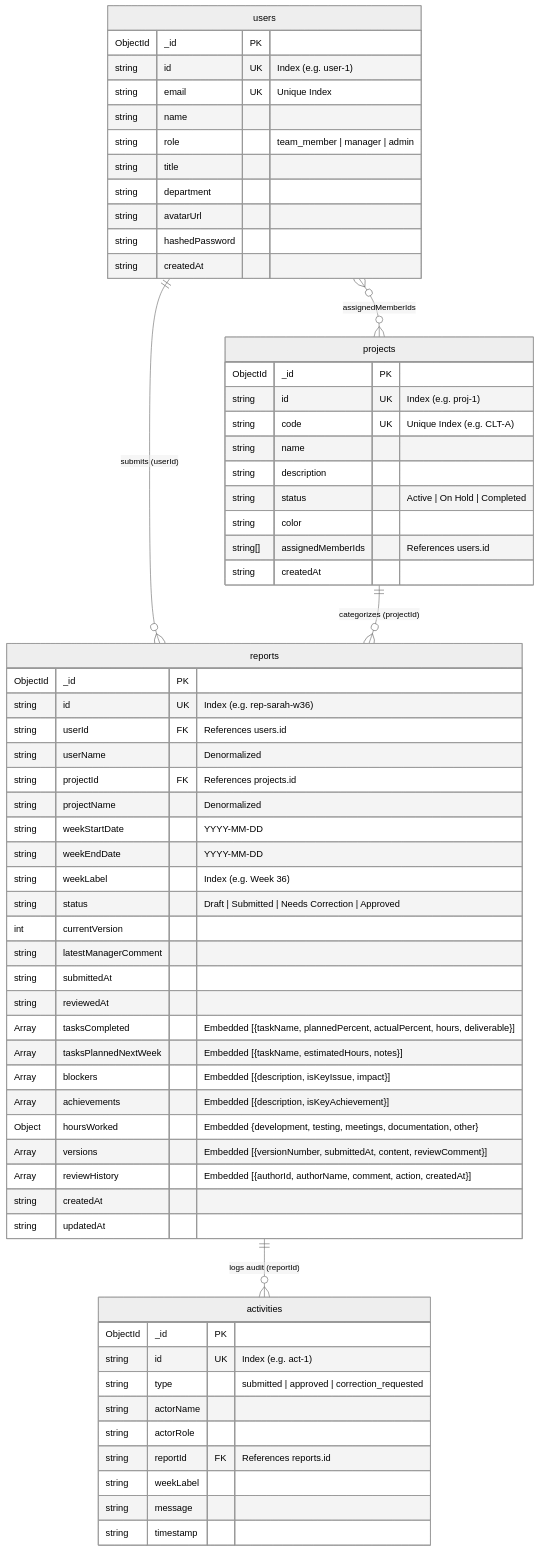
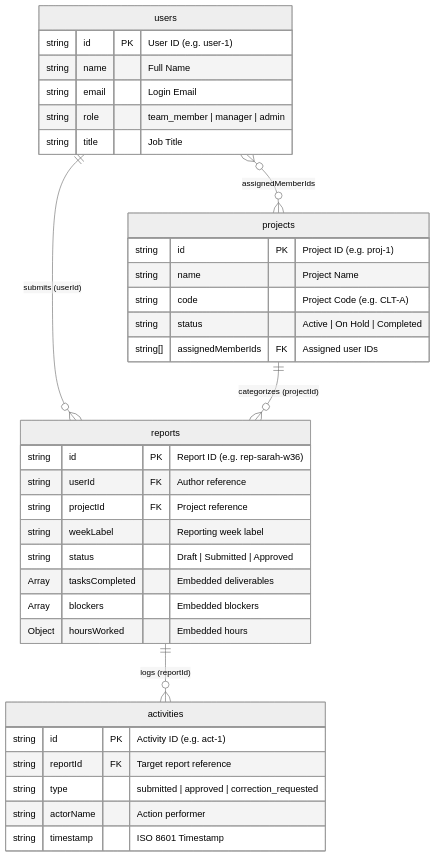
Before and after one commit to NightKing-V/Weekly-Report-Generator-Team-Dashboard: the diagram in BACKEND_ARCHITECTURE.md, drawn with Mermaid (neutral theme). The commit also changed other lines of this file and 7 other files, not shown here.

Commit message:
Diagrams

````diff
--- a/BACKEND_ARCHITECTURE.md
+++ b/BACKEND_ARCHITECTURE.md
@@ -273,70 +278,42 @@
 ```mermaid
 erDiagram
     users ||--o{ reports : "submits (userId)"
     projects ||--o{ reports : "categorizes (projectId)"
     users }o--o{ projects : "assignedMemberIds"
-    reports ||--o{ activities : "logs audit (reportId)"
+    reports ||--o{ activities : "logs (reportId)"
 
     users {
-        ObjectId _id PK
-        string id UK "Index (e.g. user-1)"
-        string email UK "Unique Index"
-        string name
+        string id PK "User ID (e.g. user-1)"
+        string name "Full Name"
+        string email "Login Email"
         string role "team_member | manager | admin"
-        string title
-        string department
-        string avatarUrl
-        string hashedPassword
-        string createdAt
+        string title "Job Title"
     }
 
     projects {
-        ObjectId _id PK
-        string id UK "Index (e.g. proj-1)"
-        string code UK "Unique Index (e.g. CLT-A)"
-        string name
-        string description
+        string id PK "Project ID (e.g. proj-1)"
+        string name "Project Name"
+        string code "Project Code (e.g. CLT-A)"
         string status "Active | On Hold | Completed"
-        string color
-        string[] assignedMemberIds "References users.id"
-        string createdAt
+        string[] assignedMemberIds FK "Assigned user IDs"
     }
 
     reports {
-        ObjectId _id PK
-        string id UK "Index (e.g. rep-sarah-w36)"
-        string userId FK "References users.id"
-        string userName "Denormalized"
-        string projectId FK "References projects.id"
-        string projectName "Denormalized"
-        string weekStartDate "YYYY-MM-DD"
-        string weekEndDate "YYYY-MM-DD"
-        string weekLabel "Index (e.g. Week 36)"
-        string status "Draft | Submitted | Needs Correction | Approved"
-        int currentVersion
-        string latestManagerComment
-        string submittedAt
-        string reviewedAt
-        Array tasksCompleted "Embedded [{taskName, plannedPercent, actualPercent, hours, deliverable}]"
-        Array tasksPlannedNextWeek "Embedded [{taskName, estimatedHours, notes}]"
-        Array blockers "Embedded [{description, isKeyIssue, impact}]"
-        Array achievements "Embedded [{description, isKeyAchievement}]"
-        Object hoursWorked "Embedded {development, testing, meetings, documentation, other}"
-        Array versions "Embedded [{versionNumber, submittedAt, content, reviewComment}]"
-        Array reviewHistory "Embedded [{authorId, authorName, comment, action, createdAt}]"
-        string createdAt
-        string updatedAt
+        string id PK "Report ID (e.g. rep-sarah-w36)"
+        string userId FK "Author reference"
+        string projectId FK "Project reference"
+        string weekLabel "Reporting week label"
+        string status "Draft | Submitted | Approved"
+        Array tasksCompleted "Embedded deliverables"
+        Array blockers "Embedded blockers"
+        Object hoursWorked "Embedded hours"
     }
 
     activities {
-        ObjectId _id PK
-        string id UK "Index (e.g. act-1)"
+        string id PK "Activity ID (e.g. act-1)"
+        string reportId FK "Target report reference"
         string type "submitted | approved | correction_requested"
-        string actorName
-        string actorRole
-        string reportId FK "References reports.id"
-        string weekLabel
-        string message
-        string timestamp
+        string actorName "Action performer"
+        string timestamp "ISO 8601 Timestamp"
     }
 ```
````
